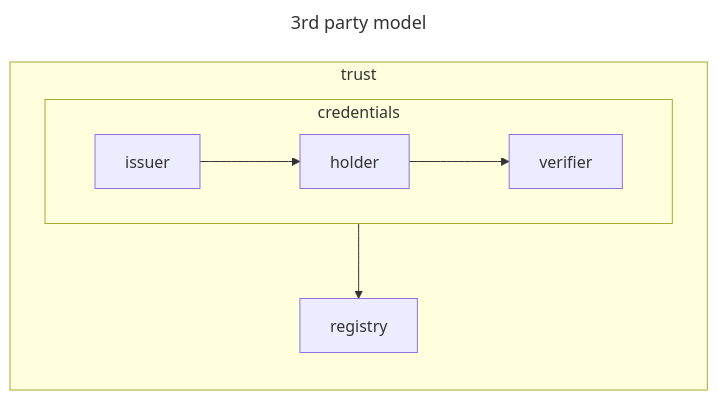
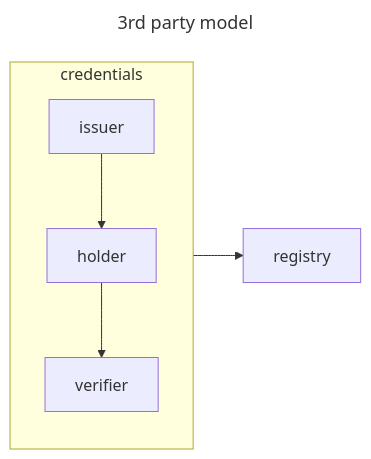
The diagram in webuild-drafts/draft-leifj-local-trust-resolver.md (leifj/webuild-architecture), drawn with Mermaid before and after one commit.

````diff
--- a/webuild-drafts/draft-leifj-local-trust-resolver.md
+++ b/webuild-drafts/draft-leifj-local-trust-resolver.md
@@ -23,13 +23,11 @@
 ```mermaid
 ---
 title: 3rd party model
 ---
 flowchart LR;
    subgraph credentials
    issuer-->holder;
    holder-->verifier;
    end
-   subgraph trust
    credentials --> registry;
-   end
 ```
````
